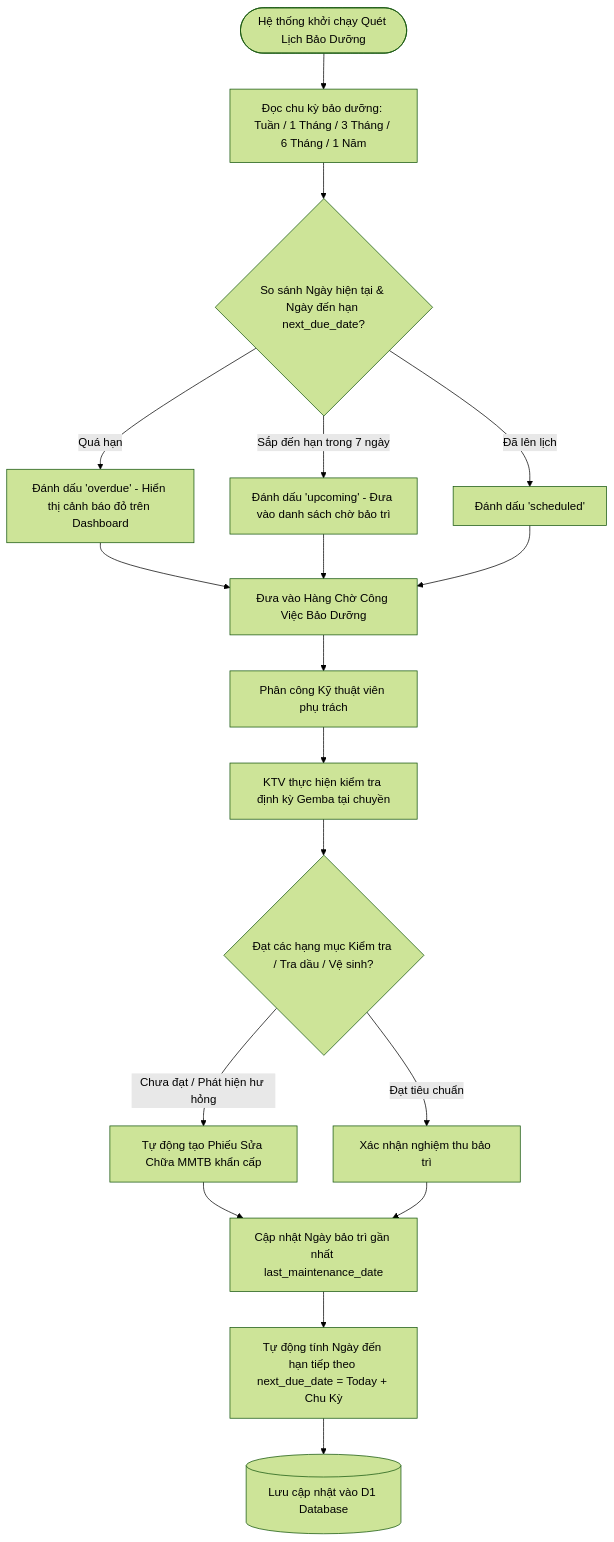
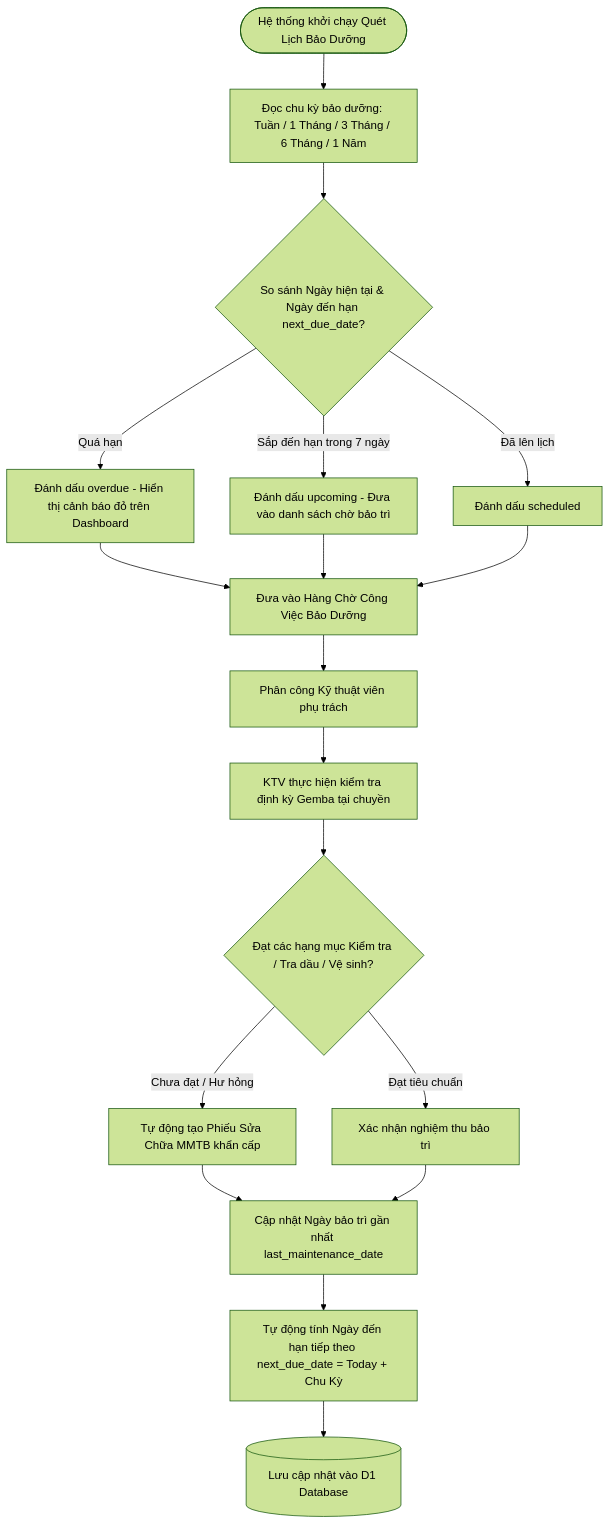
The tenth of 13 diagrams in README.md (tbsgroup2026/vpchuoiskechers), drawn with Mermaid (forest theme) before and after one commit. The commit also changed other lines of this file, not shown here.

Commit message:
fix(docs): quote all Mermaid node labels to guarantee 100% clean rendering on GitHub

````diff
--- a/README.md
+++ b/README.md
@@ -323,25 +323,25 @@
 ```mermaid
 flowchart TD
-    ScheduleStart([Hệ thống khởi chạy Quét Lịch Bảo Dưỡng]) --> FetchPeriod[Đọc chu kỳ bảo dưỡng: Tuần / 1 Tháng / 3 Tháng / 6 Tháng / 1 Năm]
-    FetchPeriod --> CheckDueDate{So sánh Ngày hiện tại & Ngày đến hạn next_due_date?}
+    ScheduleStart(["Hệ thống khởi chạy Quét Lịch Bảo Dưỡng"]) --> FetchPeriod["Đọc chu kỳ bảo dưỡng: Tuần / 1 Tháng / 3 Tháng / 6 Tháng / 1 Năm"]
+    FetchPeriod --> CheckDueDate{"So sánh Ngày hiện tại & Ngày đến hạn next_due_date?"}
 
-    CheckDueDate -->|Quá hạn| StatusOverdue[Đánh dấu 'overdue' - Hiển thị cảnh báo đỏ trên Dashboard]
-    CheckDueDate -->|Sắp đến hạn trong 7 ngày| StatusUpcoming[Đánh dấu 'upcoming' - Đưa vào danh sách chờ bảo trì]
-    CheckDueDate -->|Đã lên lịch| StatusScheduled[Đánh dấu 'scheduled']
+    CheckDueDate -->|Quá hạn| StatusOverdue["Đánh dấu overdue - Hiển thị cảnh báo đỏ trên Dashboard"]
+    CheckDueDate -->|Sắp đến hạn trong 7 ngày| StatusUpcoming["Đánh dấu upcoming - Đưa vào danh sách chờ bảo trì"]
+    CheckDueDate -->|Đã lên lịch| StatusScheduled["Đánh dấu scheduled"]
 
-    StatusOverdue --> PMWorkQueue[Đưa vào Hàng Chờ Công Việc Bảo Dưỡng]
+    StatusOverdue --> PMWorkQueue["Đưa vào Hàng Chờ Công Việc Bảo Dưỡng"]
     StatusUpcoming --> PMWorkQueue
     StatusScheduled --> PMWorkQueue
 
-    PMWorkQueue --> AssignPM[Phân công Kỹ thuật viên phụ trách]
-    AssignPM --> PerformPM[KTV thực hiện kiểm tra định kỳ Gemba tại chuyền]
+    PMWorkQueue --> AssignPM["Phân công Kỹ thuật viên phụ trách"]
+    AssignPM --> PerformPM["KTV thực hiện kiểm tra định kỳ Gemba tại chuyền"]
 
-    PerformPM --> Checklist{Đạt các hạng mục Kiểm tra / Tra dầu / Vệ sinh?}
-    Checklist -->|Chưa đạt / Phát hiện hư hỏng| GenRepairTicket[Tự động tạo Phiếu Sửa Chữa MMTB khẩn cấp]
-    Checklist -->|Đạt tiêu chuẩn| ApprovePM[Xác nhận nghiệm thu bảo trì]
+    PerformPM --> Checklist{"Đạt các hạng mục Kiểm tra / Tra dầu / Vệ sinh?"}
+    Checklist -->|Chưa đạt / Hư hỏng| GenRepairTicket["Tự động tạo Phiếu Sửa Chữa MMTB khẩn cấp"]
+    Checklist -->|Đạt tiêu chuẩn| ApprovePM["Xác nhận nghiệm thu bảo trì"]
 
-    GenRepairTicket --> UpdateSchedule[Cập nhật Ngày bảo trì gần nhất last_maintenance_date]
+    GenRepairTicket --> UpdateSchedule["Cập nhật Ngày bảo trì gần nhất last_maintenance_date"]
     ApprovePM --> UpdateSchedule
-    UpdateSchedule --> CalcNextDueDate[Tự động tính Ngày đến hạn tiếp theo next_due_date = Today + Chu Kỳ]
-    CalcNextDueDate --> SaveScheduleD1[(Lưu cập nhật vào D1 Database)]
+    UpdateSchedule --> CalcNextDueDate["Tự động tính Ngày đến hạn tiếp theo next_due_date = Today + Chu Kỳ"]
+    CalcNextDueDate --> SaveScheduleD1[("Lưu cập nhật vào D1 Database")]
 ```
````
